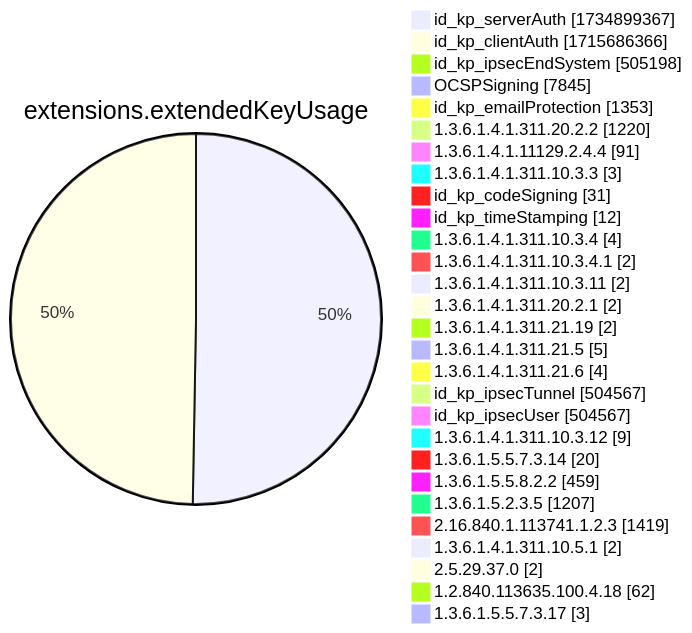
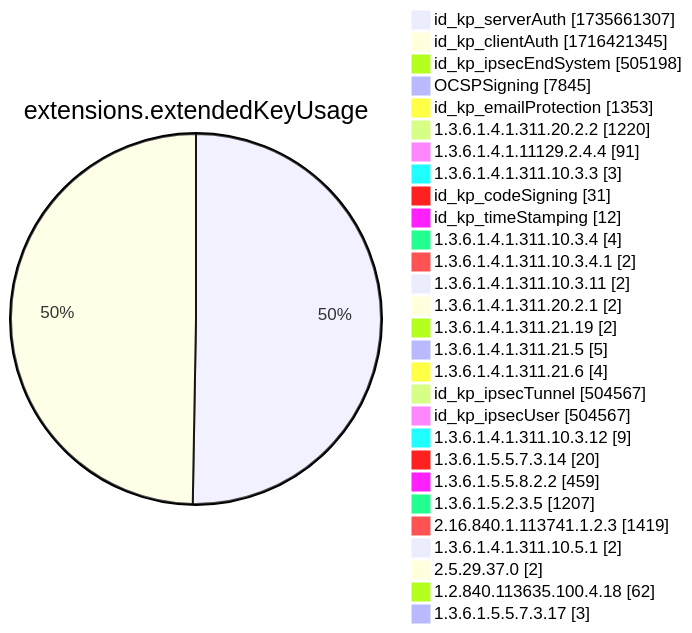
One commit to christiankrug/ctmonitor_visualization changed diagram 12 of 15 in xenon2022/README.md. Above: the diagram before and after it, drawn with Mermaid. The commit also changed other lines of this file, not shown here.

````diff
--- a/xenon2022/README.md
+++ b/xenon2022/README.md
@@ -3891,32 +3892,32 @@
 ```mermaid
 pie showData
 title extensions.extendedKeyUsage
-"id_kp_serverAuth" :1734899367
-"id_kp_clientAuth" :1715686366
+"id_kp_serverAuth" :1735661307
+"id_kp_clientAuth" :1716421345
 "id_kp_ipsecEndSystem" :505198
 "OCSPSigning" :7845
 "id_kp_emailProtection" :1353
 "1.3.6.1.4.1.311.20.2.2" :1220
 "1.3.6.1.4.1.11129.2.4.4" :91
 "1.3.6.1.4.1.311.10.3.3" :3
 "id_kp_codeSigning" :31
 "id_kp_timeStamping" :12
 "1.3.6.1.4.1.311.10.3.4" :4
 "1.3.6.1.4.1.311.10.3.4.1" :2
 "1.3.6.1.4.1.311.10.3.11" :2
 "1.3.6.1.4.1.311.20.2.1" :2
 "1.3.6.1.4.1.311.21.19" :2
 "1.3.6.1.4.1.311.21.5" :5
 "1.3.6.1.4.1.311.21.6" :4
 "id_kp_ipsecTunnel" :504567
 "id_kp_ipsecUser" :504567
 "1.3.6.1.4.1.311.10.3.12" :9
 "1.3.6.1.5.5.7.3.14" :20
 "1.3.6.1.5.5.8.2.2" :459
 "1.3.6.1.5.2.3.5" :1207
 "2.16.840.1.113741.1.2.3" :1419
 "1.3.6.1.4.1.311.10.5.1" :2
 "2.5.29.37.0" :2
 "1.2.840.113635.100.4.18" :62
 "1.3.6.1.5.5.7.3.17" :3
 ```
````
